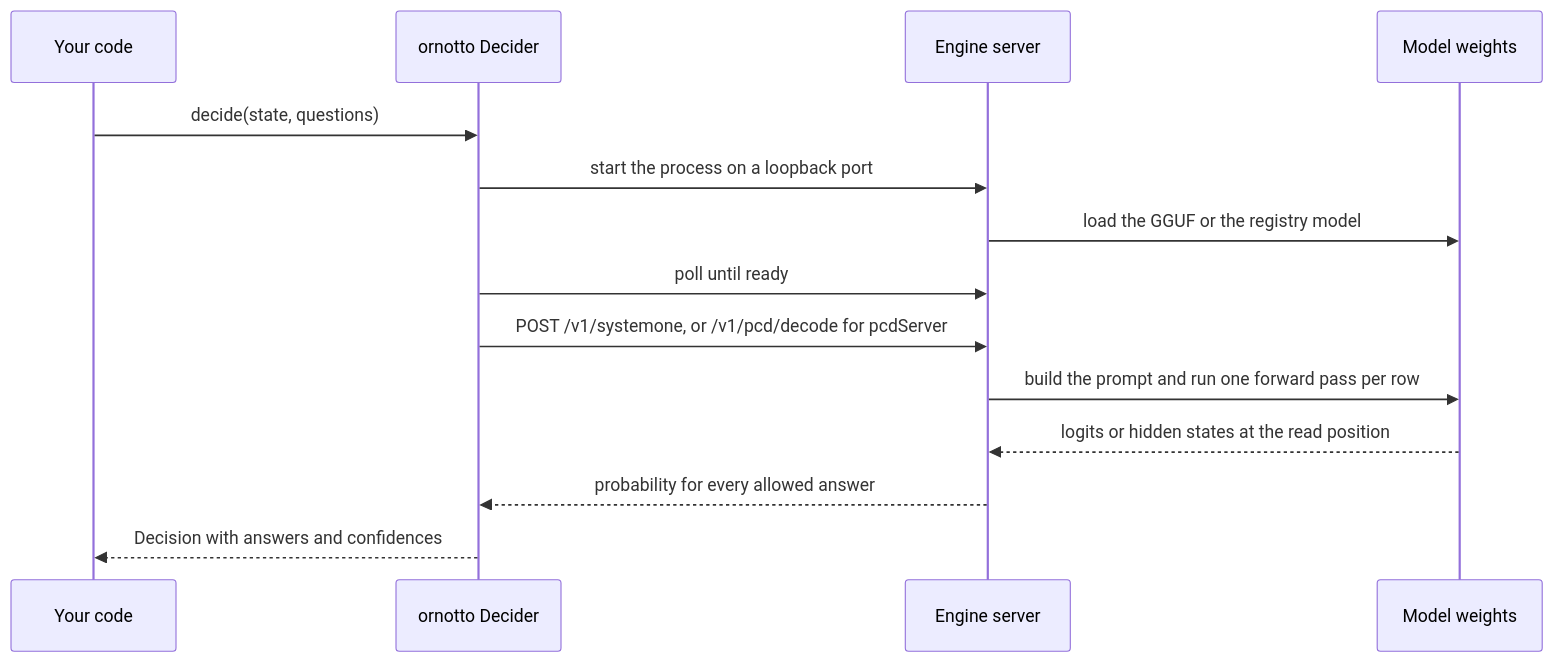
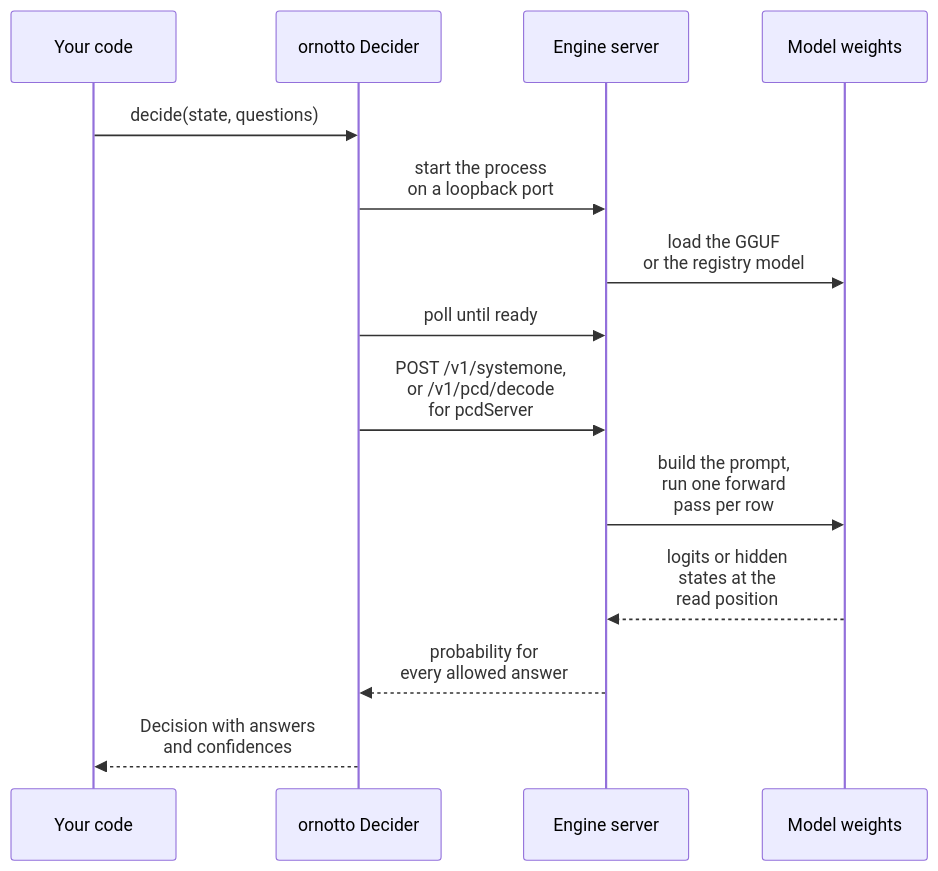
One commit to fontlaborg/ornotto changed the first of 7 diagrams in src_docs/md/03-engines.md. Above: the diagram before and after it, drawn with Mermaid. The commit also changed other lines of this file and 10 other files, not shown here.

Commit message:
Make the diagrams legible and match the theme

````diff
--- a/src_docs/md/03-engines.md
+++ b/src_docs/md/03-engines.md
@@ -27,16 +27,17 @@
 ```mermaid
+%%{init: {"sequence": {"useMaxWidth": false}}}%%
 sequenceDiagram
     participant App as Your code
     participant Orn as ornotto Decider
     participant Eng as Engine server
     participant Mod as Model weights
     App->>Orn: decide(state, questions)
-    Orn->>Eng: start the process on a loopback port
-    Eng->>Mod: load the GGUF or the registry model
+    Orn->>Eng: start the process<br>on a loopback port
+    Eng->>Mod: load the GGUF<br>or the registry model
     Orn->>Eng: poll until ready
-    Orn->>Eng: POST /v1/systemone, or /v1/pcd/decode for pcdServer
-    Eng->>Mod: build the prompt and run one forward pass per row
-    Mod-->>Eng: logits or hidden states at the read position
-    Eng-->>Orn: probability for every allowed answer
-    Orn-->>App: Decision with answers and confidences
+    Orn->>Eng: POST /v1/systemone,<br>or /v1/pcd/decode<br>for pcdServer
+    Eng->>Mod: build the prompt,<br>run one forward<br>pass per row
+    Mod-->>Eng: logits or hidden<br>states at the<br>read position
+    Eng-->>Orn: probability for<br>every allowed answer
+    Orn-->>App: Decision with answers<br>and confidences
 ```
````
